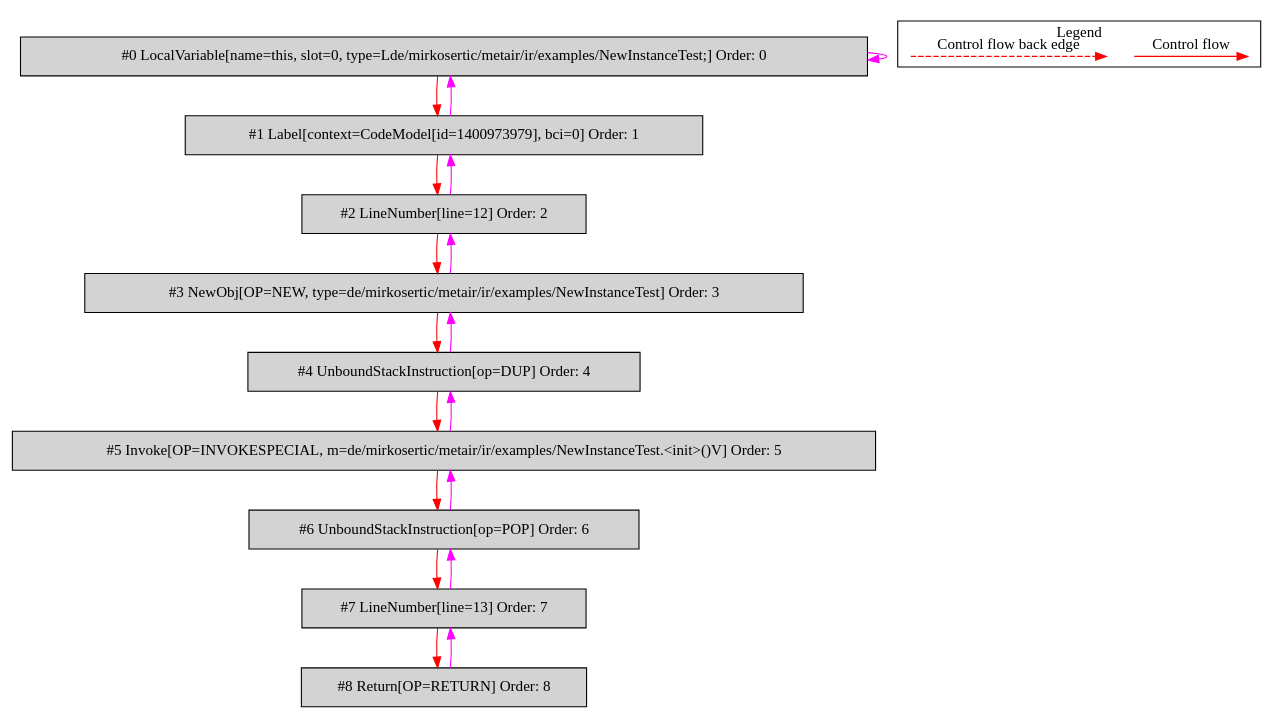
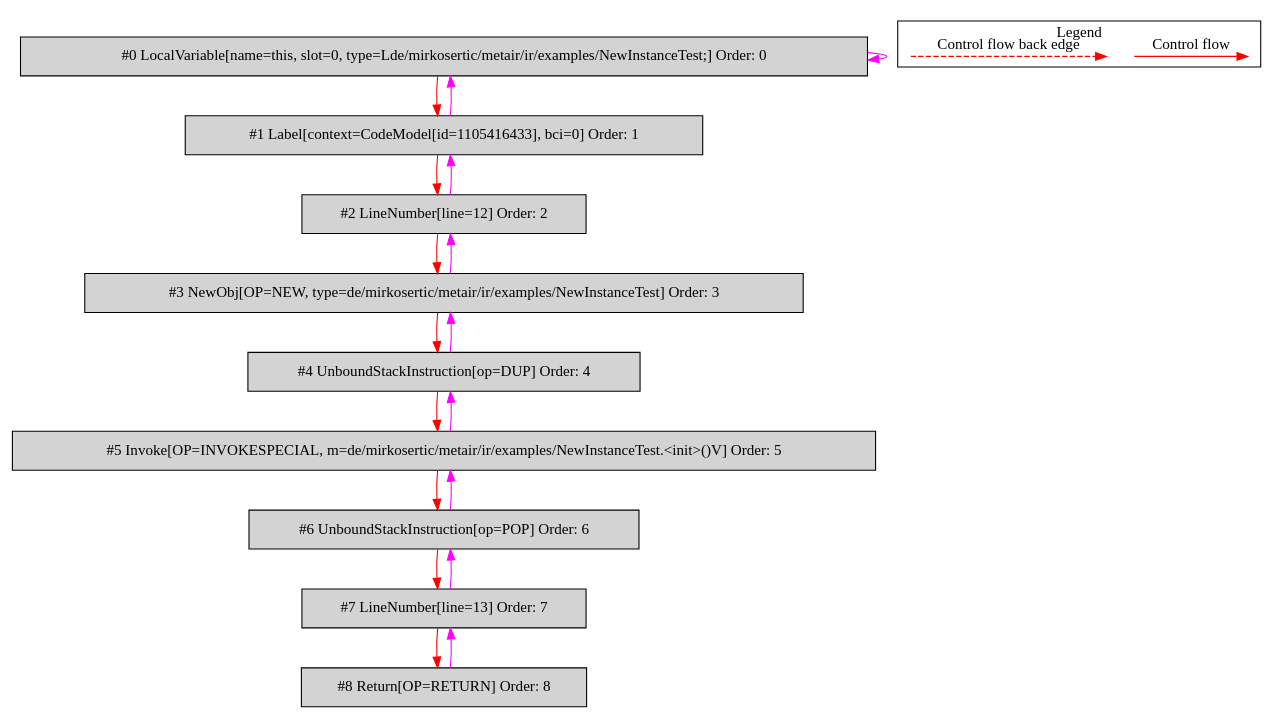
Before and after one commit to mirkosertic/MetaIR: the diagram in de.mirkosertic.metair.ir.examples.NewInstanceTest/newInstance/bytecodecfg.dot, drawn with Graphviz. The commit also changed 1222 other files, not shown here.

```diff
--- a/de.mirkosertic.metair.ir.examples.NewInstanceTest/newInstance/bytecodecfg.dot
+++ b/de.mirkosertic.metair.ir.examples.NewInstanceTest/newInstance/bytecodecfg.dot
@@ -1,43 +1,43 @@
 digraph {
  ordering="in";
  node0[label="#0 LocalVariable[name=this, slot=0, type=Lde/mirkosertic/metair/ir/examples/NewInstanceTest;] Order: 0", shape=box, fillcolor=lightgrey, style=filled];
- node1[label="#1 Label[context=CodeModel[id=1400973979], bci=0] Order: 1", shape=box, fillcolor=lightgrey, style=filled];
+ node1[label="#1 Label[context=CodeModel[id=1105416433], bci=0] Order: 1", shape=box, fillcolor=lightgrey, style=filled];
  node2[label="#2 LineNumber[line=12] Order: 2", shape=box, fillcolor=lightgrey, style=filled];
  node3[label="#3 NewObj[OP=NEW, type=de/mirkosertic/metair/ir/examples/NewInstanceTest] Order: 3", shape=box, fillcolor=lightgrey, style=filled];
  node4[label="#4 UnboundStackInstruction[op=DUP] Order: 4", shape=box, fillcolor=lightgrey, style=filled];
  node5[label="#5 Invoke[OP=INVOKESPECIAL, m=de/mirkosertic/metair/ir/examples/NewInstanceTest.<init>()V] Order: 5", shape=box, fillcolor=lightgrey, style=filled];
  node6[label="#6 UnboundStackInstruction[op=POP] Order: 6", shape=box, fillcolor=lightgrey, style=filled];
  node7[label="#7 LineNumber[line=13] Order: 7", shape=box, fillcolor=lightgrey, style=filled];
  node8[label="#8 Return[OP=RETURN] Order: 8", shape=box, fillcolor=lightgrey, style=filled];
  node0 -> node0[color=fuchsia];
  node0 -> node1[color=red];
  node1 -> node0[color=fuchsia];
  node1 -> node2[color=red];
  node2 -> node1[color=fuchsia];
  node2 -> node3[color=red];
  node3 -> node2[color=fuchsia];
  node3 -> node4[color=red];
  node4 -> node3[color=fuchsia];
  node4 -> node5[color=red];
  node5 -> node4[color=fuchsia];
  node5 -> node6[color=red];
  node6 -> node5[color=fuchsia];
  node6 -> node7[color=red];
  node7 -> node6[color=fuchsia];
  node7 -> node8[color=red];
  node8 -> node7[color=fuchsia];
  subgraph cluster_000 {
   label = "Legend";
   node [shape=point]
   {
    rank=same;
    c0 [style = invis];
    c1 [style = invis];
    c2 [style = invis];
    c3 [style = invis];
   }
   c0 -> c1 [label="Control flow", style=solid, color=red]
   c2 -> c3 [label="Control flow back edge", style=dashed, color=red]
  }
 
 }
```
